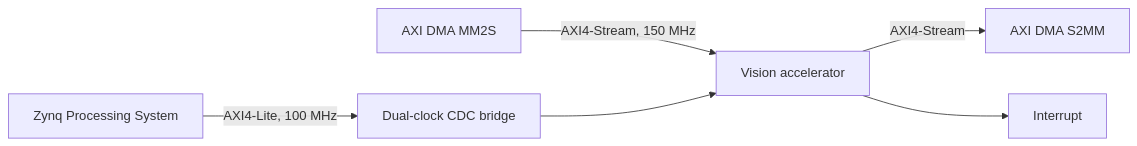
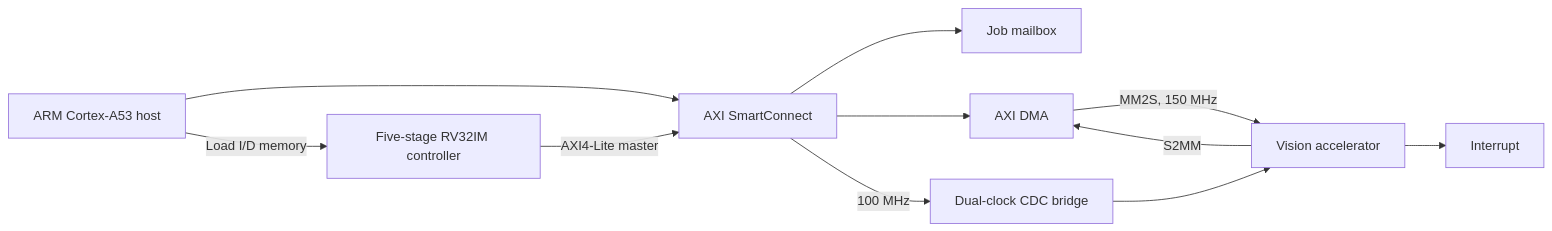
One commit to michaelgirg/zynq-ultra96-ai-vision-accelerator changed the diagram in README.md. Above: the diagram before and after it, drawn with Mermaid. The commit also changed other lines of this file and 4 other files, not shown here.

````diff
--- a/README.md
+++ b/README.md
@@ -8,8 +8,13 @@
 ```mermaid
 flowchart LR
-    PS["Zynq Processing System"] -->|"AXI4-Lite, 100 MHz"| CDC["Dual-clock CDC bridge"]
-    DMA_IN["AXI DMA MM2S"] -->|"AXI4-Stream, 150 MHz"| IP["Vision accelerator"]
+    PS["ARM Cortex-A53 host"] --> CTRL["AXI SmartConnect"]
+    RV["Five-stage RV32IM controller"] -->|"AXI4-Lite master"| CTRL
+    PS -->|"Load I/D memory"| RV
+    CTRL --> MAIL["Job mailbox"]
+    CTRL --> DMA["AXI DMA"]
+    CTRL -->|"100 MHz"| CDC["Dual-clock CDC bridge"]
+    DMA -->|"MM2S, 150 MHz"| IP["Vision accelerator"]
     CDC --> IP
-    IP -->|"AXI4-Stream"| DMA_OUT["AXI DMA S2MM"]
+    IP -->|"S2MM"| DMA
     IP --> IRQ["Interrupt"]
 ```
````
